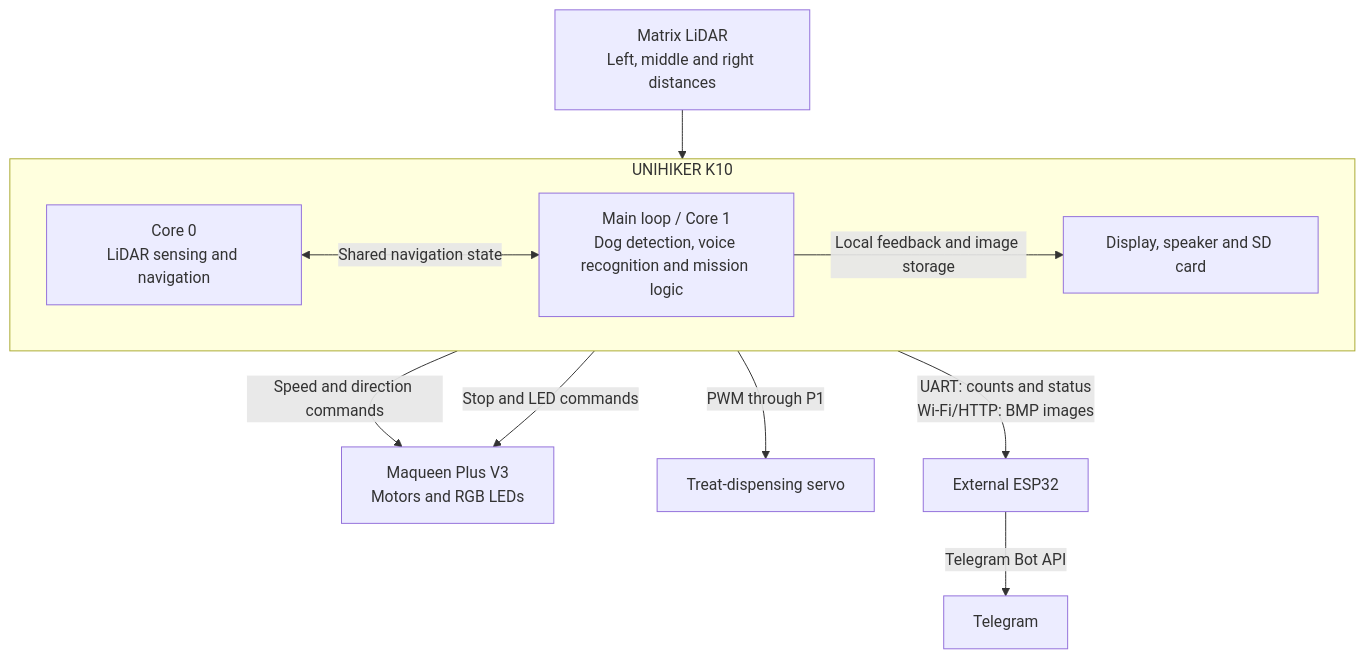
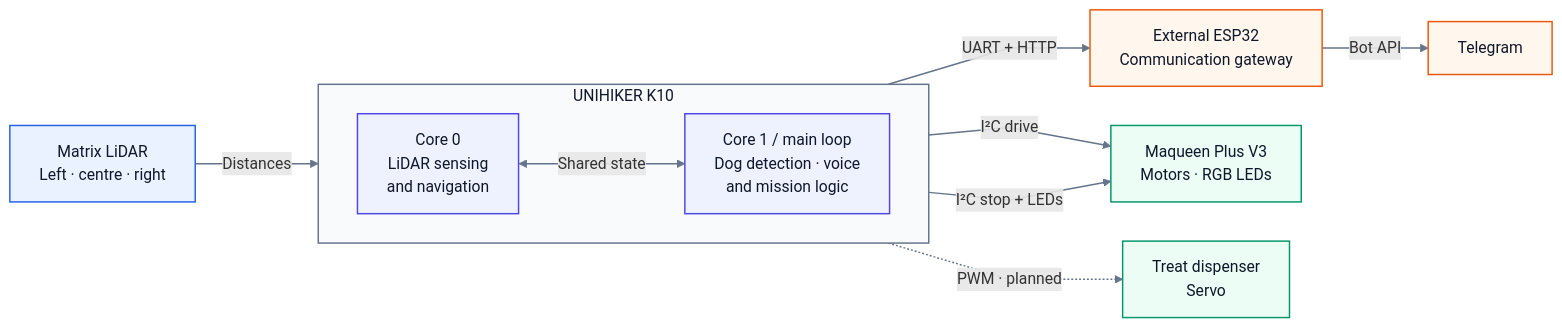
One commit to filippabodecker/autonomous-dog-search-robot changed the diagram in README.md. Above: the diagram before and after it, drawn with Mermaid.

````diff
--- a/README.md
+++ b/README.md
@@ -68,23 +67,44 @@
 ```mermaid
-flowchart TB
-    LiDAR[Matrix LiDAR<br/>Left, middle and right distances] --> NAV
+%%{init: {"flowchart": {"curve": "linear", "nodeSpacing": 40, "rankSpacing": 55}}}%%
+flowchart LR
+    LIDAR["Matrix LiDAR<br/>Left · centre · right"]
 
     subgraph K10["UNIHIKER K10"]
         direction LR
 
-        NAV[Core 0<br/>LiDAR sensing and navigation]
-        AI[Main loop / Core 1<br/>Dog detection, voice recognition and mission logic]
-        LOCAL[Display, speaker and SD card]
+        NAV["Core 0<br/>LiDAR sensing<br/>and navigation"]
 
-        NAV <-->|Shared navigation state| AI
-        AI -->|Local feedback and image storage| LOCAL
+        AI["Core 1 / main loop<br/>Dog detection · voice<br/>and mission logic"]
+
+        NAV <-->|Shared state| AI
     end
 
-    NAV -->|Speed and direction commands| Maqueen[Maqueen Plus V3<br/>Motors and RGB LEDs]
-    AI -->|Stop and LED commands| Maqueen
+    ESP["External ESP32<br/>Communication gateway"]
+    TELEGRAM["Telegram"]
 
-    AI -->|PWM through P1| Servo[Treat-dispensing servo]
+    MAQUEEN["Maqueen Plus V3<br/>Motors · RGB LEDs"]
+    SERVO["Treat dispenser<br/>Servo"]
 
-    AI -->|UART: counts and status<br/>Wi-Fi/HTTP: BMP images| ESP32[External ESP32]
-    ESP32 -->|Telegram Bot API| Telegram[Telegram]
+    LIDAR -->|Distances| NAV
+
+    AI -->|UART + HTTP| ESP
+    ESP -->|Bot API| TELEGRAM
+
+    NAV -->|I²C drive| MAQUEEN
+    AI -->|I²C stop + LEDs| MAQUEEN
+
+    AI -.->|PWM · planned| SERVO
+
+    classDef sensor fill:#EAF2FF,stroke:#2563EB,stroke-width:1.5px,color:#0F172A
+    classDef processing fill:#EEF2FF,stroke:#4F46E5,stroke-width:1.5px,color:#0F172A
+    classDef hardware fill:#ECFDF5,stroke:#059669,stroke-width:1.5px,color:#0F172A
+    classDef communication fill:#FFF7ED,stroke:#EA580C,stroke-width:1.5px,color:#0F172A
+
+    class LIDAR sensor
+    class NAV,AI processing
+    class MAQUEEN,SERVO hardware
+    class ESP,TELEGRAM communication
+
+    style K10 fill:#F8FAFC,stroke:#64748B,stroke-width:1.5px,color:#0F172A
+    linkStyle default stroke:#64748B,stroke-width:1.5px
 ```
````
